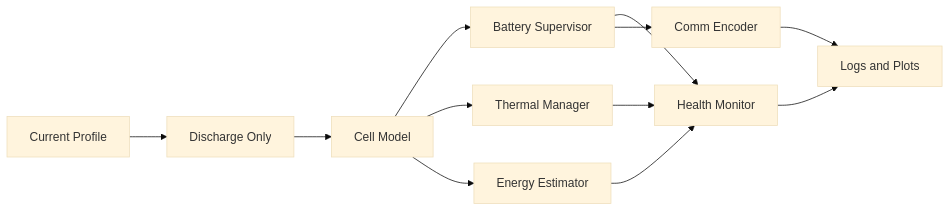
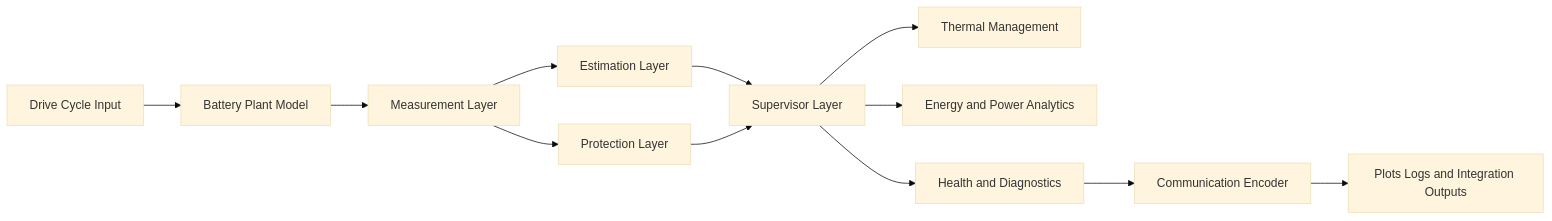
One commit to Mazidur90/Battery-managment-System-Simulation-eith-discharge-state-and-modbus-Modesl-___MATALB changed the first of 2 diagrams in README.md. Above: the diagram before and after it, drawn with Mermaid (base theme). The commit also changed other lines of this file and 1 other file, not shown here.

````diff
--- a/README.md
+++ b/README.md
@@ -119,14 +77,14 @@
 ```mermaid
 flowchart LR
-    A[Current Profile] --> B[Discharge Only]
-    B --> C[Cell Model]
-    C --> D[Battery Supervisor]
-    C --> E[Thermal Manager]
-    C --> F[Energy Estimator]
-    D --> G[Health Monitor]
-    D --> H[Comm Encoder]
-    E --> G
-    F --> G
-    G --> I[Logs and Plots]
-    H --> I
+    A[Drive Cycle Input] --> B[Battery Plant Model]
+    B --> C[Measurement Layer]
+    C --> D[Estimation Layer]
+    C --> E[Protection Layer]
+    D --> F[Supervisor Layer]
+    E --> F
+    F --> G[Thermal Management]
+    F --> H[Energy and Power Analytics]
+    F --> I[Health and Diagnostics]
+    I --> J[Communication Encoder]
+    J --> K[Plots Logs and Integration Outputs]
 ```
````
